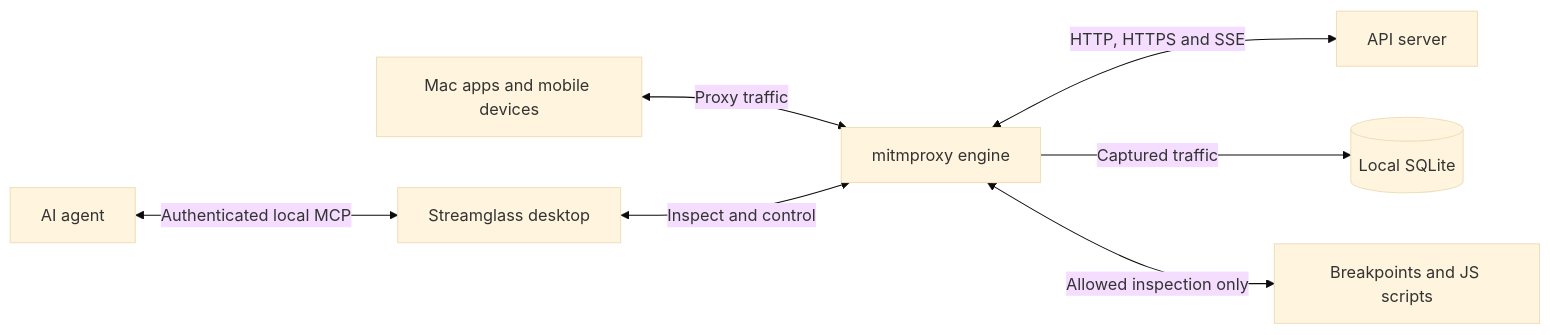
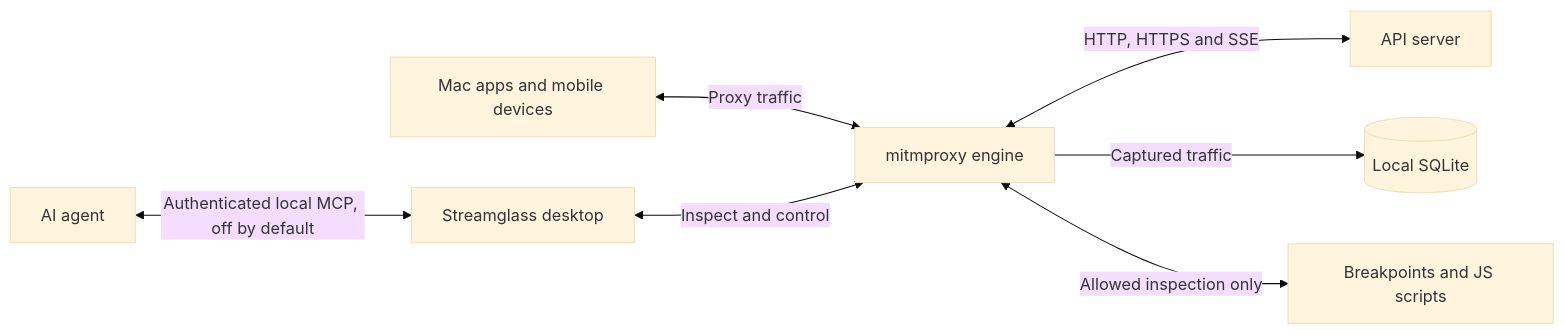
Before and after one commit to salomohutapea/streamglass: the diagram in README.md, drawn with Mermaid (base theme). The commit also changed other lines of this file and 53 other files, not shown here.

````diff
--- a/README.md
+++ b/README.md
@@ -15,9 +15,9 @@
 ```mermaid
 flowchart LR
   Client[Mac apps and mobile devices] <-->|Proxy traffic| Proxy[mitmproxy engine]
   Proxy <-->|HTTP, HTTPS and SSE| Server[API server]
   Proxy -->|Captured traffic| Store[(Local SQLite)]
   UI[Streamglass desktop] <-->|Inspect and control| Proxy
   Proxy <-->|Allowed inspection only| Tools[Breakpoints and JS scripts]
-  Agent[AI agent] <-->|Authenticated local MCP| UI
+  Agent[AI agent] <-->|Authenticated local MCP, off by default| UI
 ```
````
